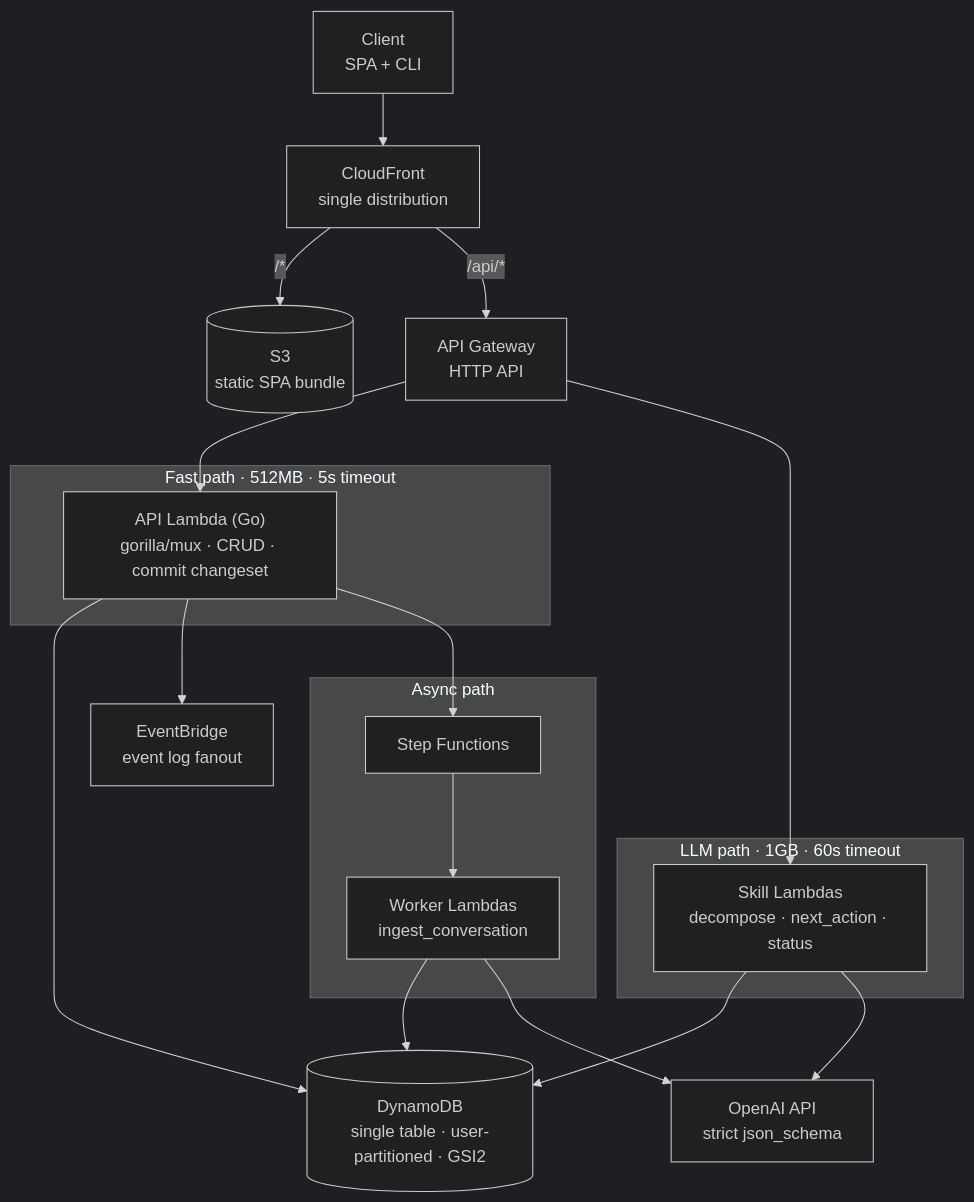
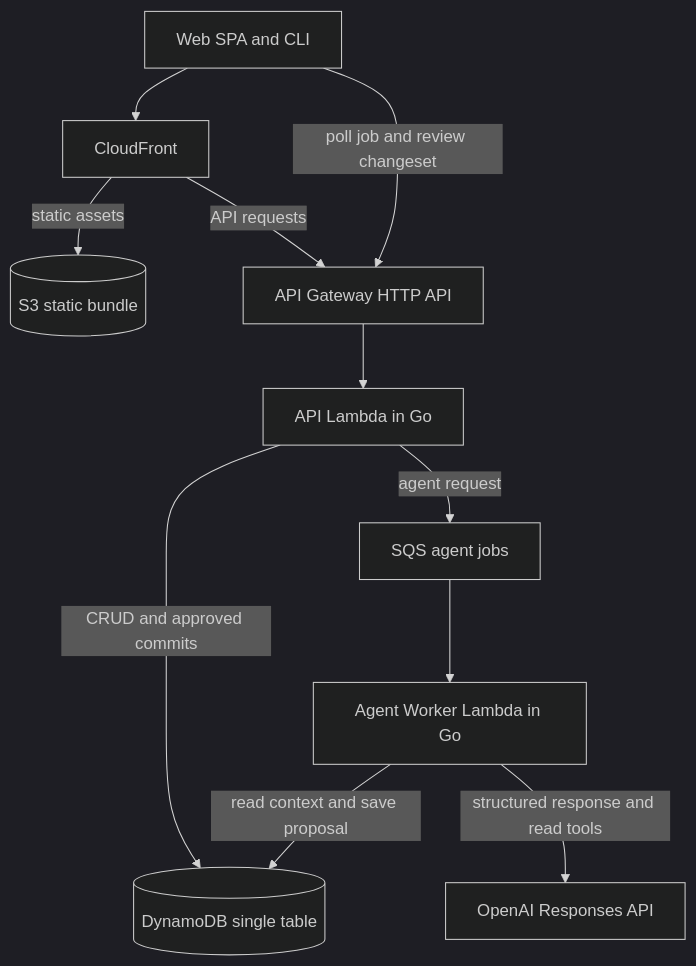
The first of 2 diagrams in architecture.md (esvarez/lucas-assist), drawn with Mermaid (dark theme) before and after one commit. The commit also changed other lines of this file, not shown here.

````diff
--- a/architecture.md
+++ b/architecture.md
@@ -11,37 +15,23 @@
 ```mermaid
 flowchart TB
-    Client["Client<br/>SPA + CLI"]
-    CF["CloudFront<br/>single distribution"]
-    S3[("S3<br/>static SPA bundle")]
-    APIGW["API Gateway<br/>HTTP API"]
+    Client["Web SPA and CLI"]
+    CF["CloudFront"]
+    S3[("S3 static bundle")]
+    APIGW["API Gateway HTTP API"]
+    API["API Lambda in Go"]
+    Queue["SQS agent jobs"]
+    Worker["Agent Worker Lambda in Go"]
+    DDB[("DynamoDB single table")]
+    OAI["OpenAI Responses API"]
 
     Client --> CF
-    CF -->|"/*"| S3
-    CF -->|"/api/*"| APIGW
+    CF -->|"static assets"| S3
+    CF -->|"API requests"| APIGW
     APIGW --> API
-    APIGW --> Skills
-
-    subgraph fast["Fast path · 512MB · 5s timeout"]
-        API["API Lambda (Go)<br/>gorilla/mux · CRUD · commit changeset"]
-    end
-
-    subgraph slow["LLM path · 1GB · 60s timeout"]
-        Skills["Skill Lambdas<br/>decompose · next_action · status"]
-    end
-
-    subgraph async["Async path"]
-        SFN["Step Functions"] --> Worker["Worker Lambdas<br/>ingest_conversation"]
-    end
-
-    API --> DDB
-    API --> EB
-    API --> SFN
-    Skills --> DDB
-    Skills --> OAI
-    Worker --> DDB
-    Worker --> OAI
-
-    DDB[("DynamoDB<br/>single table · user-partitioned · GSI2")]
-    OAI["OpenAI API<br/>strict json_schema"]
-    EB["EventBridge<br/>event log fanout"]
+    API -->|"CRUD and approved commits"| DDB
+    API -->|"agent request"| Queue
+    Queue --> Worker
+    Worker -->|"read context and save proposal"| DDB
+    Worker -->|"structured response and read tools"| OAI
+    Client -->|"poll job and review changeset"| APIGW
 ```
````
